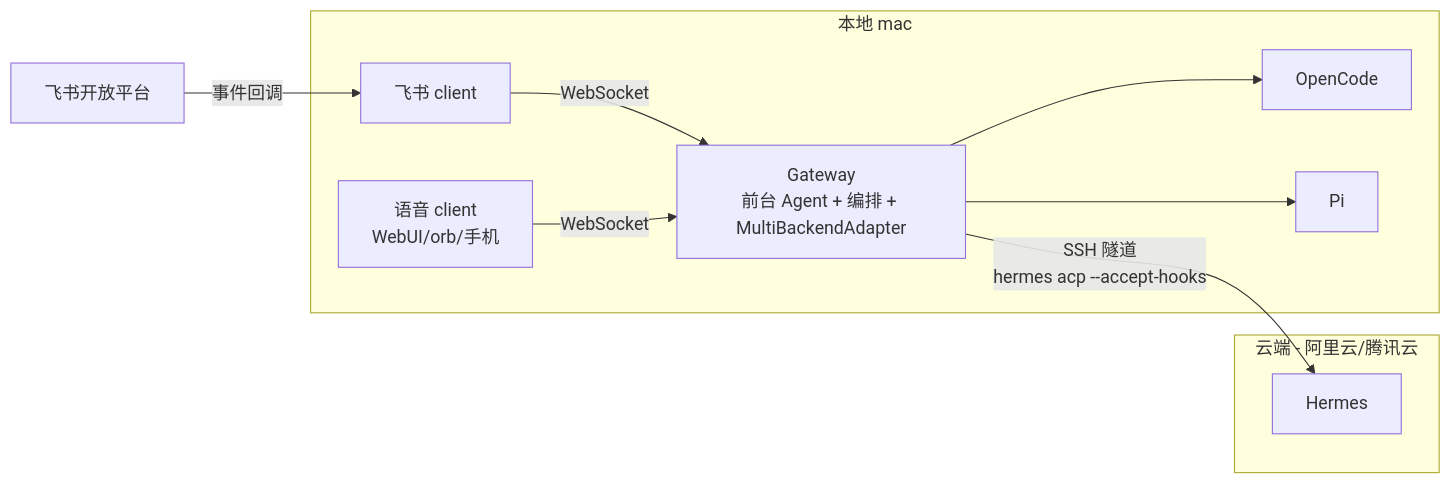
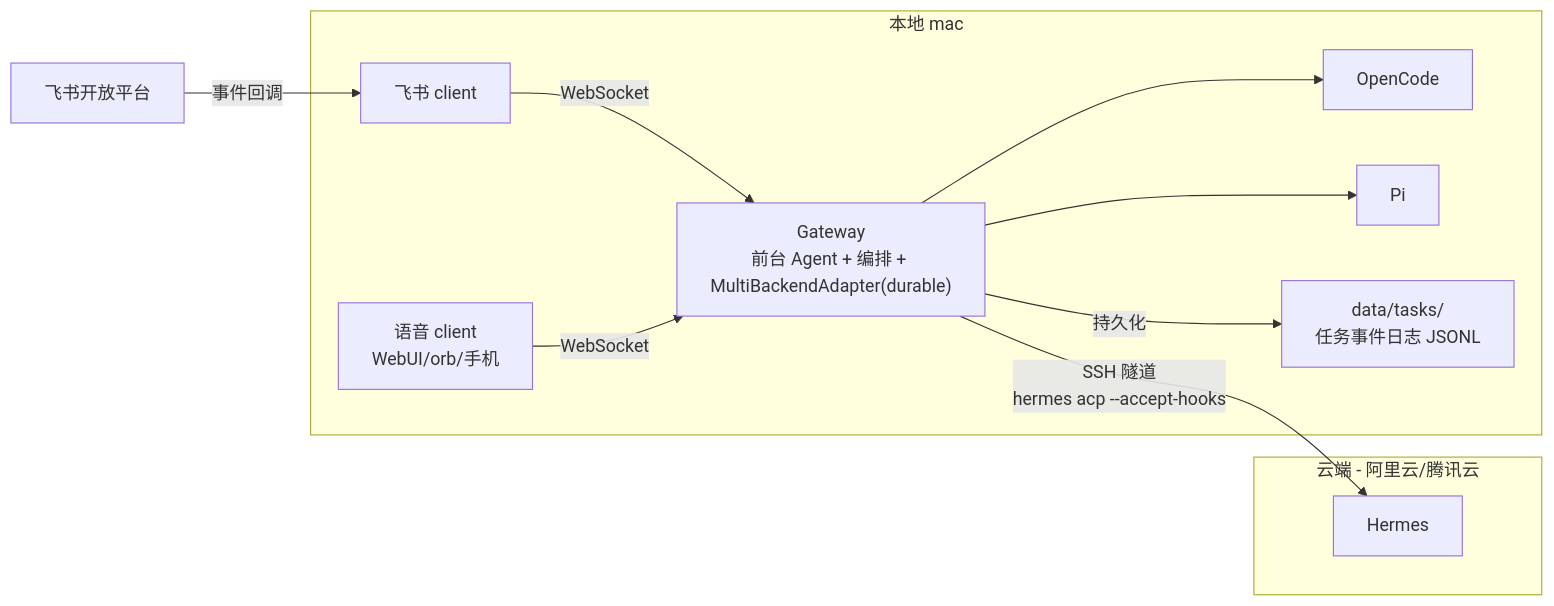
The third of 3 diagrams in docs/02-tech/architecture.md (wenliang-xiao/Fugue), drawn with Mermaid before and after one commit. The commit also changed other lines of this file and 11 other files, not shown here.

First line of the commit message:
feat(observability): live mark watcher + docs refresh (README zh/en, architecture, modules)

````diff
--- a/docs/02-tech/architecture.md
+++ b/docs/02-tech/architecture.md
@@ -189,21 +219,23 @@
 ```mermaid
 flowchart LR
     subgraph Local["本地 mac"]
-        GW["Gateway<br/>前台 Agent + 编排 + MultiBackendAdapter"]
+        GW["Gateway<br/>前台 Agent + 编排 + MultiBackendAdapter(durable)"]
         OC["OpenCode"]
         PI["Pi"]
         FC["飞书 client"]
         VC["语音 client<br/>WebUI/orb/手机"]
+        DT["data/tasks/<br/>任务事件日志 JSONL"]
     end
     subgraph Cloud["云端 - 阿里云/腾讯云"]
         HM["Hermes"]
     end
     FS["飞书开放平台"]
 
     FC -->|WebSocket| GW
     VC -->|WebSocket| GW
     FS -->|事件回调| FC
     GW --> OC
     GW --> PI
+    GW -->|持久化| DT
     GW -->|"SSH 隧道<br/>hermes acp --accept-hooks"| HM
 ```
````
